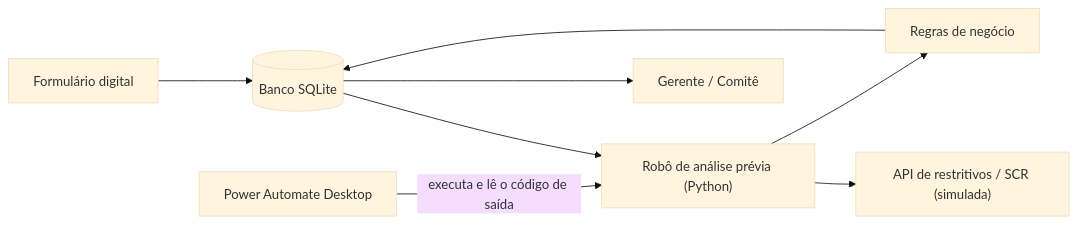
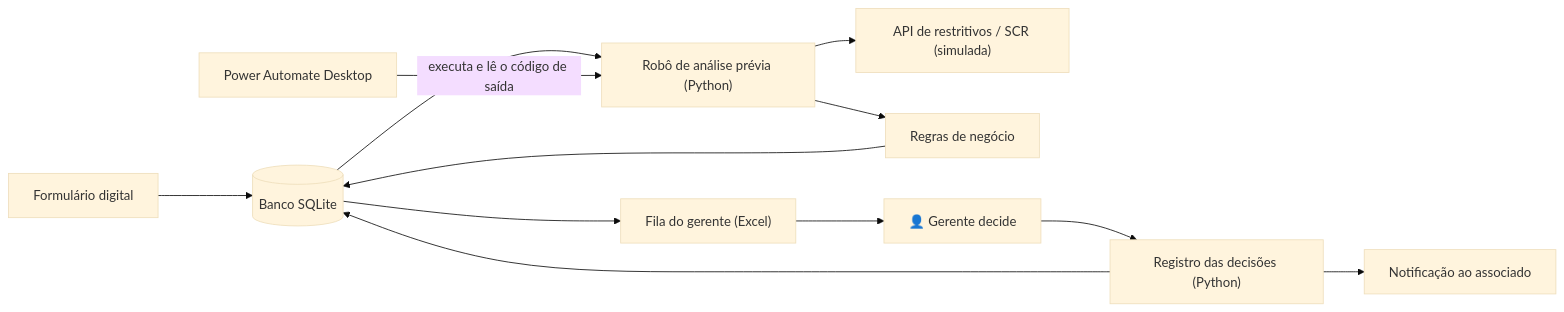
Before and after one commit to BernardoGFerrao/analise-credito-automacao: the first of 2 diagrams in README.md, drawn with Mermaid (base theme). The commit also changed other lines of this file, not shown here.

Commit message:
docs: documenta fila do gerente e novas decisões de projeto

````diff
--- a/README.md
+++ b/README.md
@@ -73,10 +73,14 @@
 ```mermaid
 flowchart LR
     F["Formulário digital"] --> DB[("Banco SQLite")]
     DB --> R["Robô de análise prévia (Python)"]
     R --> API["API de restritivos / SCR (simulada)"]
     R --> REG["Regras de negócio"]
     REG --> DB
     PAD["Power Automate Desktop"] -- "executa e lê o código de saída" --> R
-    DB --> G["Gerente / Comitê"]
+    DB --> FX["Fila do gerente (Excel)"]
+    FX --> G["👤 Gerente decide"]
+    G --> DEC["Registro das decisões (Python)"]
+    DEC --> DB
+    DEC --> N["Notificação ao associado"]
 ```
````
